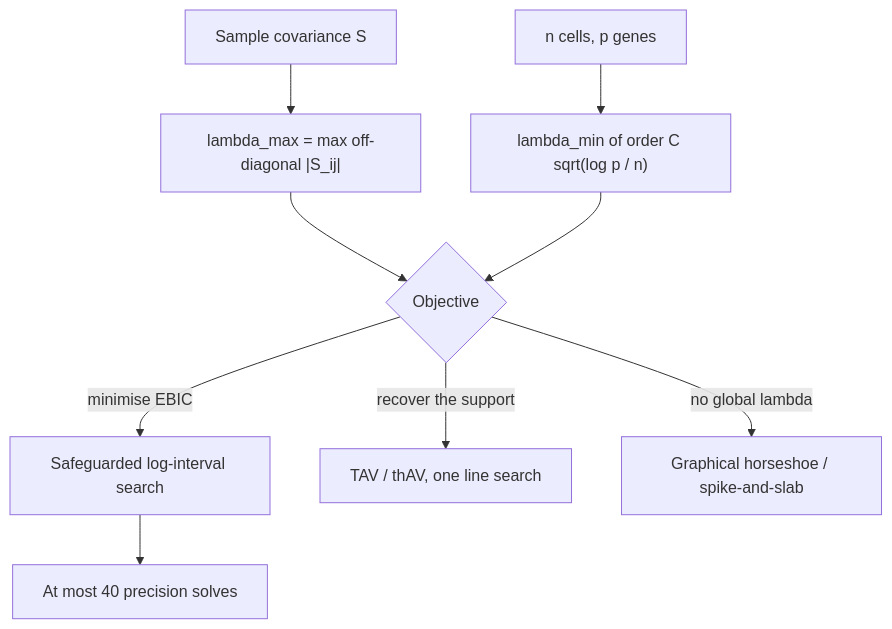
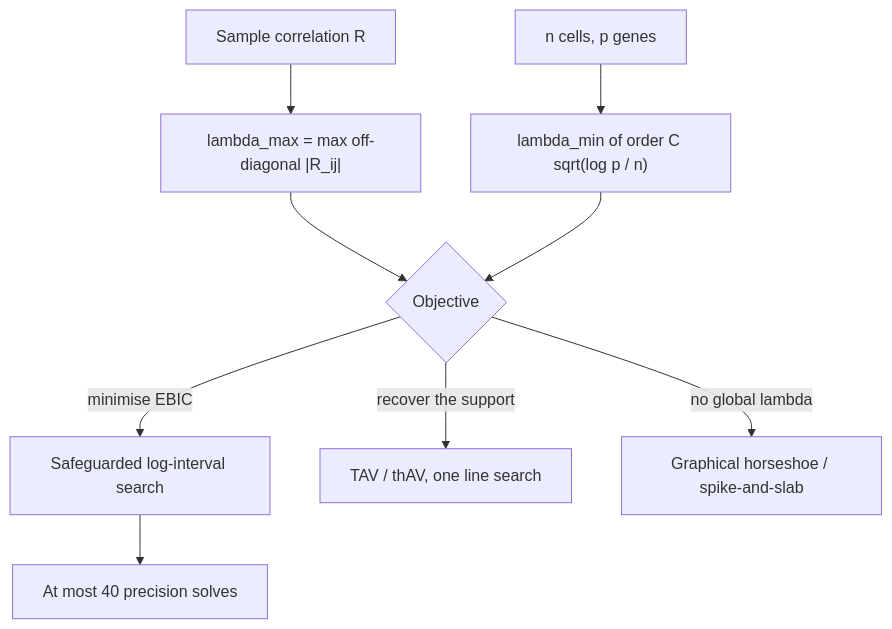
Before and after one commit to bastienchassagnol/DeCovarT_reproducibility: the third of 6 diagrams in docs/02-grn-graphical-lasso.qmd, drawn with Mermaid. The commit also changed other lines of this file and 7 other files, not shown here.

````diff
--- a/docs/02-grn-graphical-lasso.qmd
+++ b/docs/02-grn-graphical-lasso.qmd
@@ -186,15 +288,15 @@
 ```{mermaid}
 %%| echo: false
 %%| label: fig-lambda-strategies
 %%| fig-cap: "Penalty-path strategies. The endpoints are shared. Only the safeguarded EBIC interval search is implemented; TAV and global-local shrinkage remain alternatives."
 %%{init: {"theme": "sandstone"}}%%
 flowchart TD
-  S["Sample covariance S"] --> Lmax["lambda_max = max off-diagonal |S_ij|"]
+  S["Sample correlation R"] --> Lmax["lambda_max = max off-diagonal |R_ij|"]
   N["n cells, p genes"] --> Lmin["lambda_min of order C sqrt(log p / n)"]
   Lmax --> Branch{"Objective"}
   Lmin --> Branch
   Branch -->|"minimise EBIC"| EBIC["Safeguarded log-interval search"]
   Branch -->|"recover the support"| TAV["TAV / thAV, one line search"]
   Branch -->|"no global lambda"| HS["Graphical horseshoe / spike-and-slab"]
   EBIC --> Fit["At most 40 precision solves"]
 ```
````
